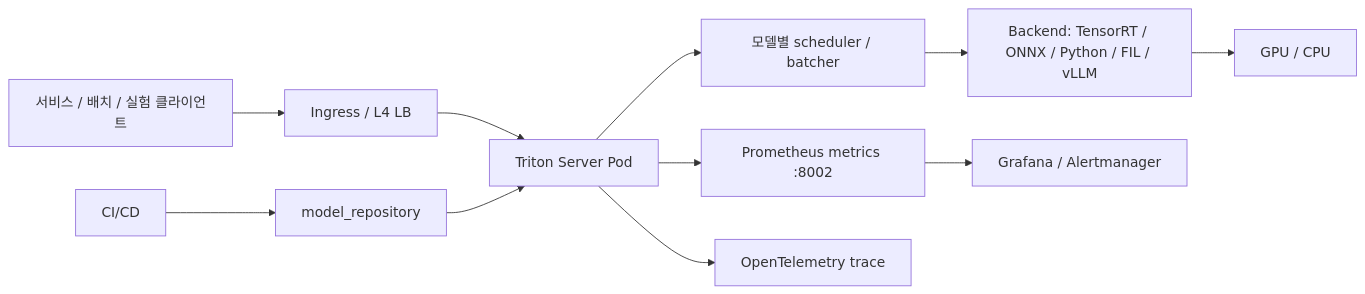
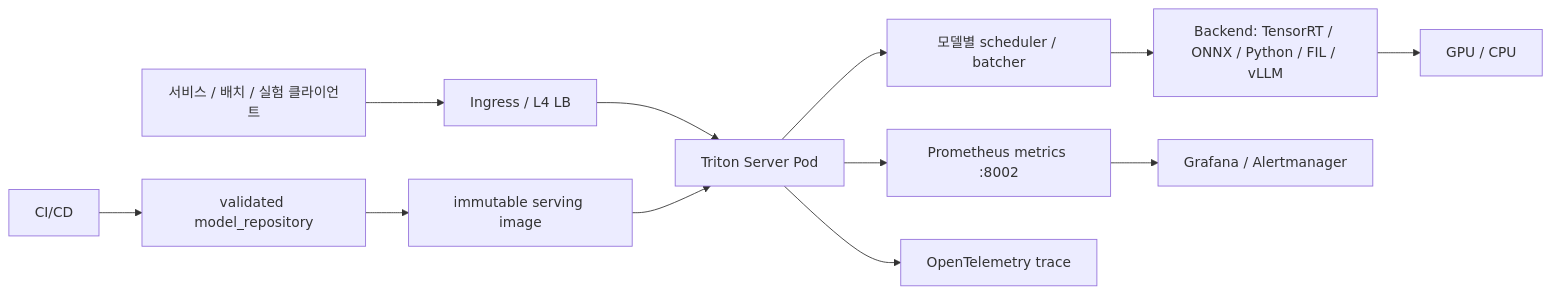
Before and after one commit to jaejungscene/triton-infer-server-handbook: the diagram in docs/architecture.md, drawn with Mermaid. The commit also changed other lines of this file and 19 other files, not shown here.

Commit message:
deploy: ship models as immutable image artifacts

````diff
--- a/docs/architecture.md
+++ b/docs/architecture.md
@@ -9,13 +9,14 @@
 ```mermaid
 flowchart LR
     client["서비스 / 배치 / 실험 클라이언트"] --> ingress["Ingress / L4 LB"]
     ingress --> triton["Triton Server Pod"]
     triton --> scheduler["모델별 scheduler / batcher"]
     scheduler --> backend["Backend: TensorRT / ONNX / Python / FIL / vLLM"]
     backend --> gpu["GPU / CPU"]
     triton --> metrics["Prometheus metrics :8002"]
     triton --> trace["OpenTelemetry trace"]
-    ci["CI/CD"] --> repo["model_repository"]
-    repo --> triton
+    ci["CI/CD"] --> repo["validated model_repository"]
+    repo --> image["immutable serving image"]
+    image --> triton
     metrics --> grafana["Grafana / Alertmanager"]
 ```
````
